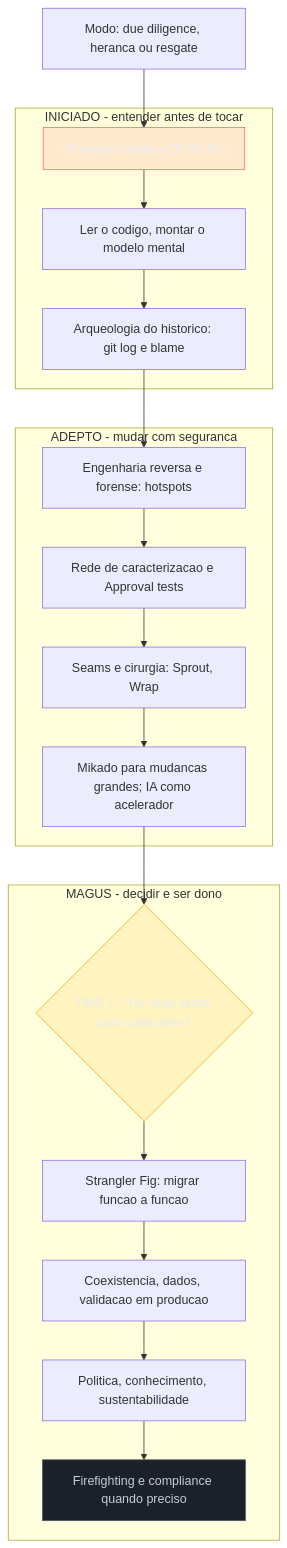
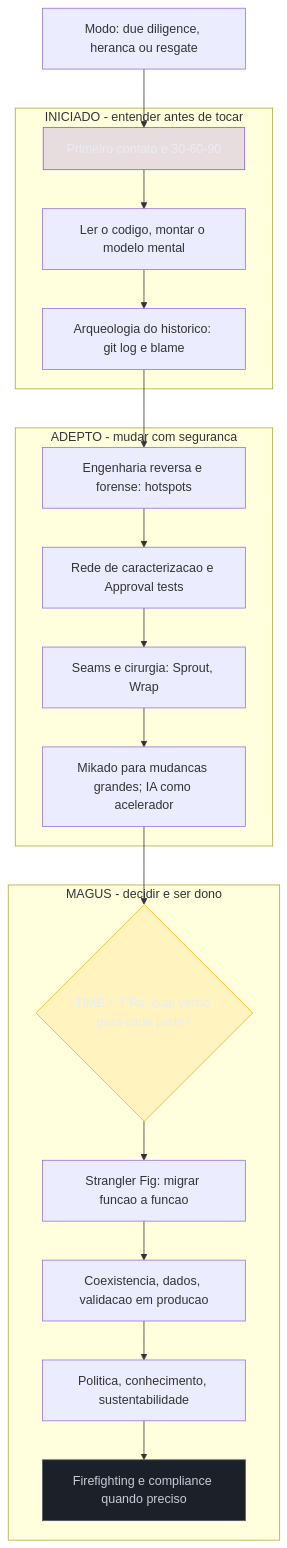
Before and after one commit to josenaldo/codex-technomanticus: the first of 2 diagrams in 03-Dominios/Engenharia/Arqueologia e Restauração de Software/28 - Capstone - Assumindo um sistema legado do zero.md, drawn with Mermaid. The commit also changed other lines of this file and 601 other files, not shown here.

````diff
--- a/03-Dominios/Engenharia/Arqueologia e Restauração de Software/28 - Capstone - Assumindo um sistema legado do zero.md
+++ b/03-Dominios/Engenharia/Arqueologia e Restauração de Software/28 - Capstone - Assumindo um sistema legado do zero.md
@@ -30,32 +30,32 @@
 ```mermaid
 graph TD
-    classDef falha fill:#FF6B6B24,stroke:#FF6B6B,color:#E9ECF2
+    classDef marca fill:#8855DF33,stroke:#8855DF,color:#E9ECF2
     classDef destaque fill:#FFAA0024,stroke:#FFAA00,color:#E9ECF2
     classDef neutro fill:#1B2029,stroke:#4E5666,color:#C6CCD8
     START[Modo: due diligence, heranca ou resgate] --> I1
 
     subgraph INI[INICIADO - entender antes de tocar]
         I1[Primeiro contato e 30-60-90] --> I2[Ler o codigo, montar o modelo mental]
         I2 --> I3[Arqueologia do historico: git log e blame]
     end
 
     subgraph ADE[ADEPTO - mudar com seguranca]
         AD1[Engenharia reversa e forense: hotspots] --> AD2[Rede de caracterizacao e Approval tests]
         AD2 --> AD3[Seams e cirurgia: Sprout, Wrap]
         AD3 --> AD4[Mikado para mudancas grandes; IA como acelerador]
     end
 
     subgraph MAG[MAGUS - decidir e ser dono]
         M1{TIME + 7 Rs: qual verbo para cada parte?} --> M2[Strangler Fig: migrar funcao a funcao]
         M2 --> M3[Coexistencia, dados, validacao em producao]
         M3 --> M4[Politica, conhecimento, sustentabilidade]
         M4 --> M5[Firefighting e compliance quando preciso]
     end
 
     I3 --> AD1
     AD4 --> M1
 
-    class I1 falha
+    class I1 marca
     class M1 destaque
     class M5 neutro
 ```
````
